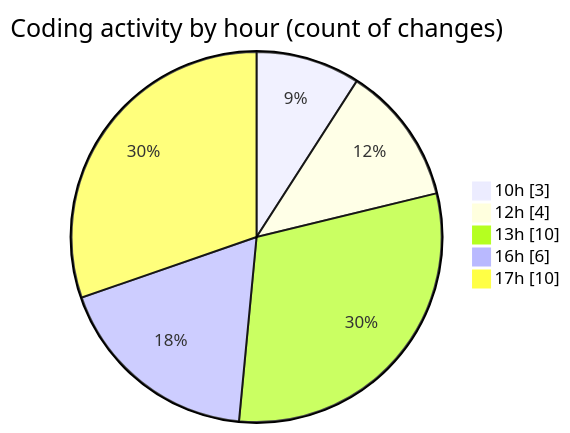
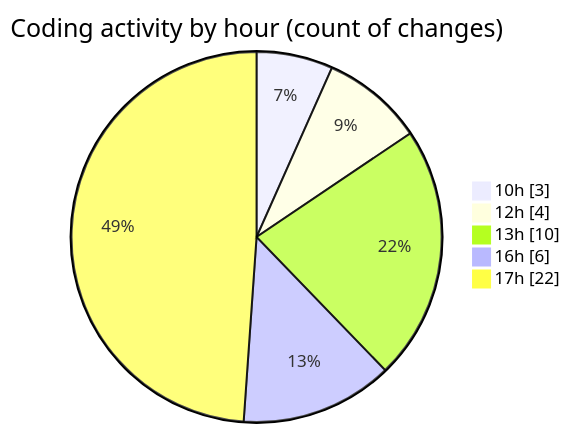
The second of 2 diagrams in 2025-10-27/cda/README.md (momahboobian/code-tracking), drawn with Mermaid before and after one commit. The commit also changed other lines of this file and 1 other file, not shown here.

````diff
--- a/2025-10-27/cda/README.md
+++ b/2025-10-27/cda/README.md
@@ -35,9 +35,9 @@
 ```mermaid
 pie showData
 title Coding activity by hour (count of changes)
 "10h" : 3
 "12h" : 4
 "13h" : 10
 "16h" : 6
-"17h" : 10
+"17h" : 22
 ```
````
